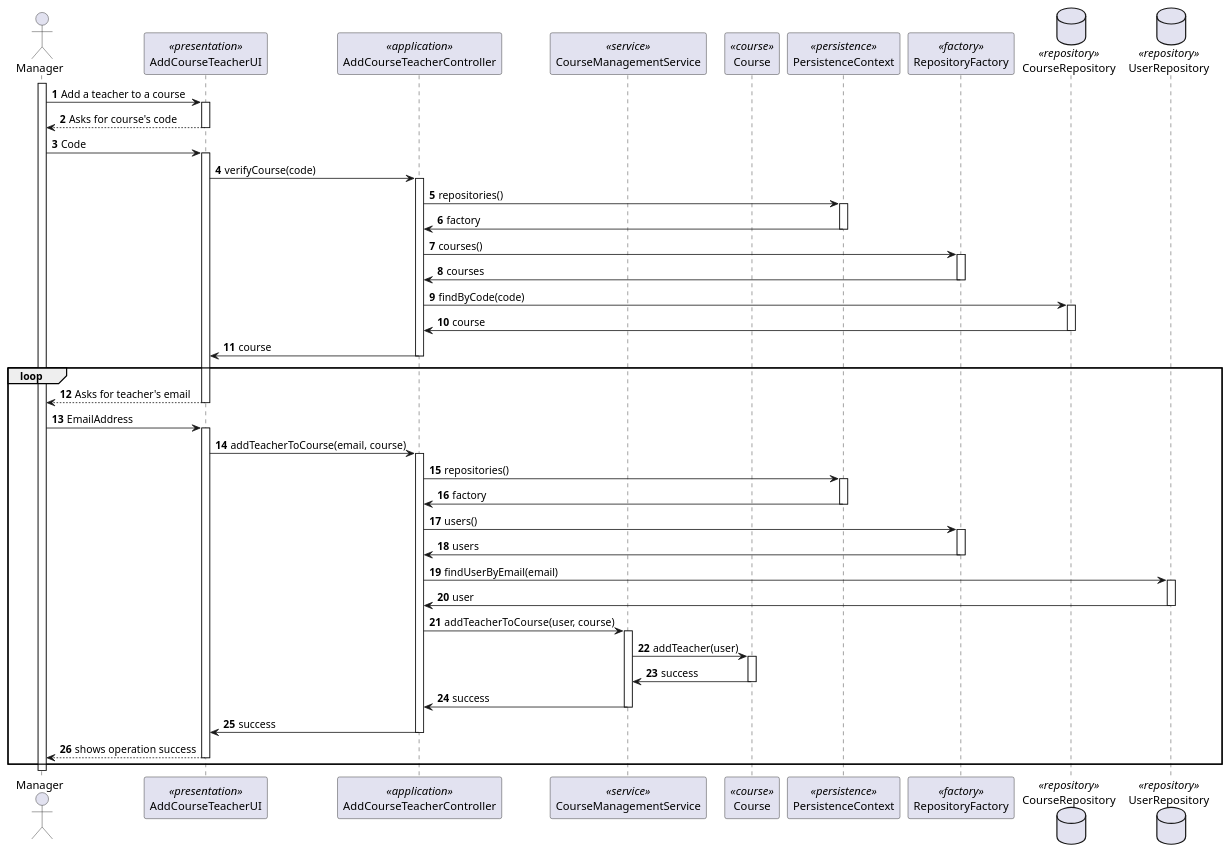
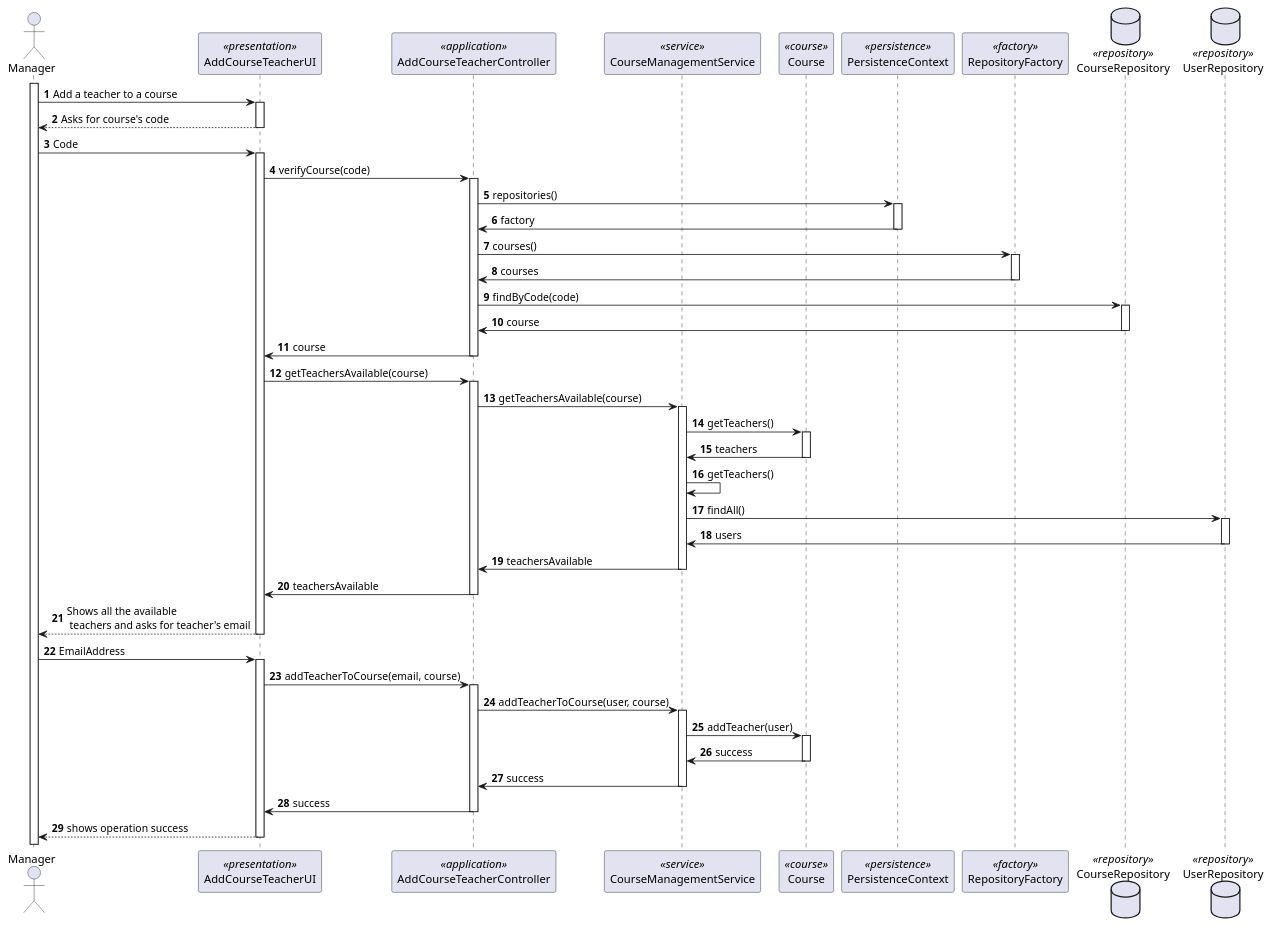
One commit to brunacosta03/sem4pi_22_23 changed the diagram in docs/SPRINT B/US_1005/SD/SD.puml. Above: the diagram before and after it, drawn with PlantUML. The commit also changed 6 other files, not shown here.

```diff
--- a/docs/SPRINT B/US_1005/SD/SD.puml
+++ b/docs/SPRINT B/US_1005/SD/SD.puml
@@ -1,124 +1,132 @@
 @startuml
 actor Manager
 
 autonumber
 
 participant AddCourseTeacherUI <<presentation>>
 participant AddCourseTeacherController<<application>>
 participant CourseManagementService<<service>>
 participant Course<<course>>
 participant PersistenceContext<<persistence>>
 participant RepositoryFactory<<factory>>
 database CourseRepository <<repository>>
 database UserRepository <<repository>>
 
 activate Manager
 
 Manager -> AddCourseTeacherUI : Add a teacher to a course
 
 activate AddCourseTeacherUI
 
 AddCourseTeacherUI --> Manager : Asks for course's code
 
 deactivate AddCourseTeacherUI
 
 Manager -> AddCourseTeacherUI : Code
 
 activate AddCourseTeacherUI
 
 AddCourseTeacherUI -> AddCourseTeacherController : verifyCourse(code)
 
 activate AddCourseTeacherController
 
 AddCourseTeacherController -> PersistenceContext : repositories()
 
 activate PersistenceContext
 
 PersistenceContext -> AddCourseTeacherController : factory
 
 deactivate PersistenceContext
 
 AddCourseTeacherController -> RepositoryFactory : courses()
 
 activate RepositoryFactory
 
 RepositoryFactory -> AddCourseTeacherController : courses
 
 deactivate RepositoryFactory
 
 AddCourseTeacherController -> CourseRepository : findByCode(code)
 
 activate CourseRepository
 
 CourseRepository ->AddCourseTeacherController : course
 
 deactivate CourseRepository
 
 AddCourseTeacherController -> AddCourseTeacherUI : course
 
 deactivate AddCourseTeacherController
 
-loop
+AddCourseTeacherUI -> AddCourseTeacherController : getTeachersAvailable(course)
 
-AddCourseTeacherUI --> Manager : Asks for teacher's email
+activate AddCourseTeacherController
+
+AddCourseTeacherController -> CourseManagementService : getTeachersAvailable(course)
+
+activate CourseManagementService
+
+CourseManagementService -> Course : getTeachers()
+
+activate Course
+
+Course -> CourseManagementService : teachers
+
+deactivate Course
+
+CourseManagementService -> CourseManagementService : getTeachers()
+
+CourseManagementService -> UserRepository : findAll()
+
+activate UserRepository
+
+UserRepository -> CourseManagementService : users
+
+deactivate UserRepository
+
+CourseManagementService -> AddCourseTeacherController : teachersAvailable
+
+deactivate CourseManagementService
+
+AddCourseTeacherController -> AddCourseTeacherUI : teachersAvailable
+
+deactivate AddCourseTeacherController
+
+AddCourseTeacherUI --> Manager : Shows all the available \n teachers and asks for teacher's email
 
 deactivate AddCourseTeacherUI
 
 Manager -> AddCourseTeacherUI : EmailAddress
 
 activate AddCourseTeacherUI
 
 AddCourseTeacherUI -> AddCourseTeacherController : addTeacherToCourse(email, course)
 
 activate AddCourseTeacherController
 
-AddCourseTeacherController -> PersistenceContext : repositories()
-
-activate PersistenceContext
-
-PersistenceContext -> AddCourseTeacherController : factory
-
-deactivate PersistenceContext
-
-AddCourseTeacherController -> RepositoryFactory : users()
-
-activate RepositoryFactory
-
-RepositoryFactory -> AddCourseTeacherController : users
-
-deactivate RepositoryFactory
-
-AddCourseTeacherController -> UserRepository : findUserByEmail(email)
-
-activate UserRepository
-
-UserRepository ->AddCourseTeacherController : user
-
-deactivate UserRepository
 
 AddCourseTeacherController -> CourseManagementService : addTeacherToCourse(user, course)
 
 activate CourseManagementService
 
 CourseManagementService -> Course : addTeacher(user)
 
 activate Course
 
 Course -> CourseManagementService : success
 
 deactivate Course
 
 CourseManagementService -> AddCourseTeacherController : success
 
 deactivate CourseManagementService
 
 AddCourseTeacherController -> AddCourseTeacherUI : success
 
 deactivate AddCourseTeacherController
 
 AddCourseTeacherUI --> Manager : shows operation success
 
 deactivate AddCourseTeacherUI
 
-end
 @enduml
```
